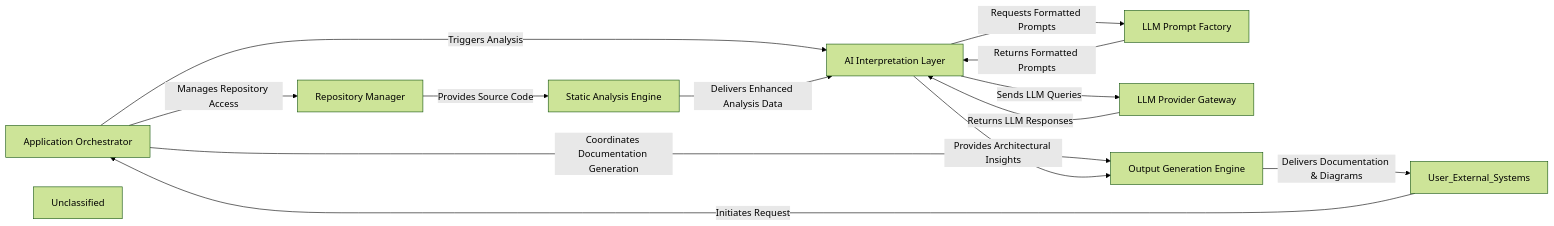
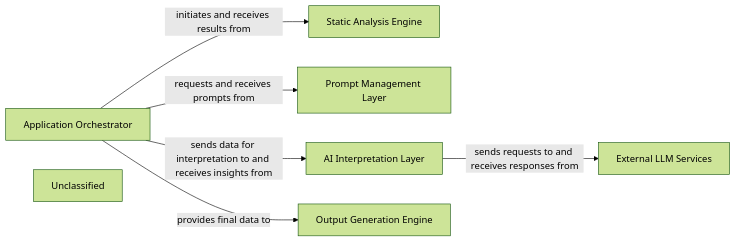
Before and after one commit to CodeBoarding/CodeBoarding: the diagram in .codeboarding/overview.md, drawn with Mermaid (forest theme). The commit also changed other lines of this file and 21 other files, not shown here.

First line of the commit message:
docs: update codeboarding documentation and generate architecture

````diff
--- a/.codeboarding/overview.md
+++ b/.codeboarding/overview.md
@@ -1,30 +1,21 @@
 ```mermaid
 graph LR
     Application_Orchestrator["Application Orchestrator"]
-    Repository_Manager["Repository Manager"]
     Static_Analysis_Engine["Static Analysis Engine"]
-    LLM_Prompt_Factory["LLM Prompt Factory"]
-    LLM_Provider_Gateway["LLM Provider Gateway"]
+    Prompt_Management_Layer["Prompt Management Layer"]
     AI_Interpretation_Layer["AI Interpretation Layer"]
     Output_Generation_Engine["Output Generation Engine"]
+    External_LLM_Services["External LLM Services"]
     Unclassified["Unclassified"]
-    User_External_Systems -- "Initiates Request" --> Application_Orchestrator
-    Application_Orchestrator -- "Manages Repository Access" --> Repository_Manager
-    Application_Orchestrator -- "Triggers Analysis" --> AI_Interpretation_Layer
-    Application_Orchestrator -- "Coordinates Documentation Generation" --> Output_Generation_Engine
-    Repository_Manager -- "Provides Source Code" --> Static_Analysis_Engine
-    Static_Analysis_Engine -- "Delivers Enhanced Analysis Data" --> AI_Interpretation_Layer
-    AI_Interpretation_Layer -- "Requests Formatted Prompts" --> LLM_Prompt_Factory
-    LLM_Prompt_Factory -- "Returns Formatted Prompts" --> AI_Interpretation_Layer
-    AI_Interpretation_Layer -- "Sends LLM Queries" --> LLM_Provider_Gateway
-    LLM_Provider_Gateway -- "Returns LLM Responses" --> AI_Interpretation_Layer
-    AI_Interpretation_Layer -- "Provides Architectural Insights" --> Output_Generation_Engine
-    Output_Generation_Engine -- "Delivers Documentation & Diagrams" --> User_External_Systems
+    Application_Orchestrator -- "initiates and receives results from" --> Static_Analysis_Engine
+    Application_Orchestrator -- "requests and receives prompts from" --> Prompt_Management_Layer
+    Application_Orchestrator -- "sends data for interpretation to and receives insights from" --> AI_Interpretation_Layer
+    AI_Interpretation_Layer -- "sends requests to and receives responses from" --> External_LLM_Services
+    Application_Orchestrator -- "provides final data to" --> Output_Generation_Engine
     click Application_Orchestrator href "https://github.com/CodeBoarding/CodeBoarding/blob/main/.codeboarding/Application_Orchestrator.md" "Details"
-    click Repository_Manager href "https://github.com/CodeBoarding/CodeBoarding/blob/main/.codeboarding/Repository_Manager.md" "Details"
     click Static_Analysis_Engine href "https://github.com/CodeBoarding/CodeBoarding/blob/main/.codeboarding/Static_Analysis_Engine.md" "Details"
-    click LLM_Prompt_Factory href "https://github.com/CodeBoarding/CodeBoarding/blob/main/.codeboarding/LLM_Prompt_Factory.md" "Details"
-    click LLM_Provider_Gateway href "https://github.com/CodeBoarding/CodeBoarding/blob/main/.codeboarding/LLM_Provider_Gateway.md" "Details"
+    click Prompt_Management_Layer href "https://github.com/CodeBoarding/CodeBoarding/blob/main/.codeboarding/Prompt_Management_Layer.md" "Details"
     click AI_Interpretation_Layer href "https://github.com/CodeBoarding/CodeBoarding/blob/main/.codeboarding/AI_Interpretation_Layer.md" "Details"
     click Output_Generation_Engine href "https://github.com/CodeBoarding/CodeBoarding/blob/main/.codeboarding/Output_Generation_Engine.md" "Details"
+    click External_LLM_Services href "https://github.com/CodeBoarding/CodeBoarding/blob/main/.codeboarding/External_LLM_Services.md" "Details"
 ```
````
